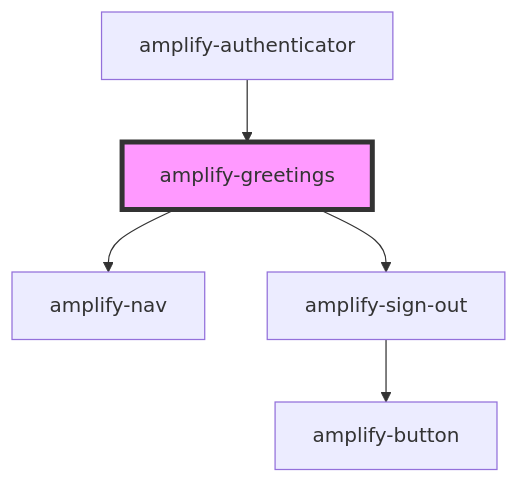
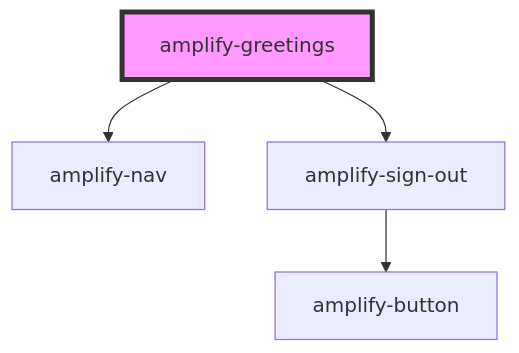
One commit to OneDev0411/amplify-js changed the diagram in packages/amplify-ui-components/src/components/amplify-greetings/readme.md. Above: the diagram before and after it, drawn with Mermaid. The commit also changed other lines of this file and 152 other files, not shown here.

First line of the commit message:
feat(@aws-amplify/ui-components): Use Shadow DOM, use Sass css, authenticator slots (#4872)

````diff
--- a/packages/amplify-ui-components/src/components/amplify-greetings/readme.md
+++ b/packages/amplify-ui-components/src/components/amplify-greetings/readme.md
@@ -30,8 +26,7 @@
 ```mermaid
 graph TD;
   amplify-greetings --> amplify-nav
   amplify-greetings --> amplify-sign-out
   amplify-sign-out --> amplify-button
-  amplify-authenticator --> amplify-greetings
   style amplify-greetings fill:#f9f,stroke:#333,stroke-width:4px
 ```
````
